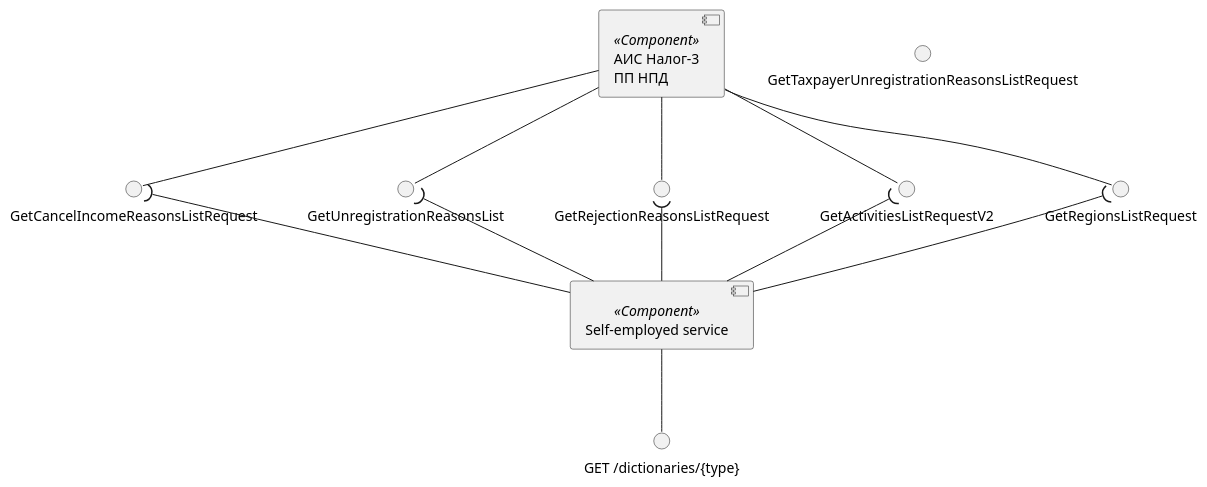
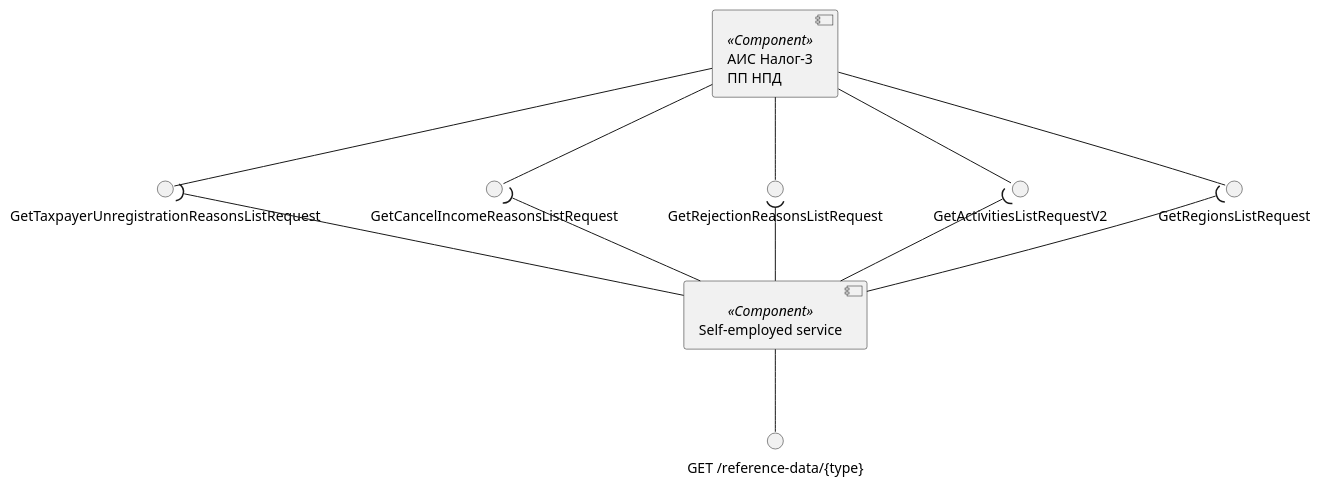
One commit to RaikBitters/ibank-internal-services changed the sixth of 6 diagrams in diagrams/self-employed-service/components.puml. Above: the diagram before and after it, drawn with PlantUML. The commit also changed other lines of this file and 11 other files, not shown here.

Commit message:
Patched diagrams.

```diff
--- a/diagrams/self-employed-service/components.puml
+++ b/diagrams/self-employed-service/components.puml
@@ -205,28 +202,28 @@
-@startuml dictionaries-components
+@startuml reference-data-components
 
-component "АИС Налог-3\nПП НПД" as Tax3 <<Component>>\
+component "АИС Налог-3\nПП НПД" as Tax3 <<Component>>
 
 interface "GetRegionsListRequest" as GetRegionsList
 interface "GetActivitiesListRequestV2" as GetActivitiesList
 interface "GetRejectionReasonsListRequest" as GetRejectionReasonsList
 interface "GetTaxpayerUnregistrationReasonsListRequest" as GetTaxpayerUnregistrationReasonsList
 interface "GetCancelIncomeReasonsListRequest" as GetCancelIncomeReasonsList
 
 Tax3 --() GetRegionsList
 Tax3 --() GetActivitiesList
 Tax3 --() GetRejectionReasonsList
-Tax3 --() GetUnregistrationReasonsList
 Tax3 --() GetCancelIncomeReasonsList
+Tax3 --() GetTaxpayerUnregistrationReasonsList
 
 component "Self-employed service" as SelfEmplService <<Component>>
-interface "GET /dictionaries/{type}" as getDictionary
+interface "GET /reference-data/{type}" as getDictionary
 
 SelfEmplService --() getDictionary
 
 SelfEmplService -up-( GetRegionsList
 SelfEmplService -up-( GetActivitiesList
 SelfEmplService -up-( GetRejectionReasonsList
-SelfEmplService -up-( GetUnregistrationReasonsList
 SelfEmplService -up-( GetCancelIncomeReasonsList
+SelfEmplService -up-( GetTaxpayerUnregistrationReasonsList
 
 @enduml
```
